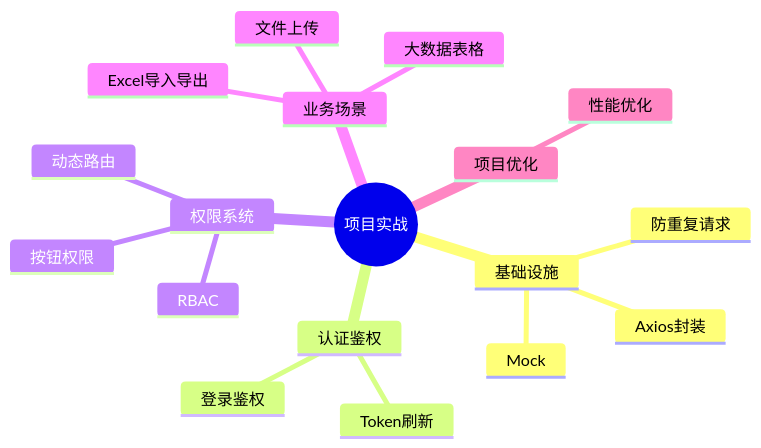
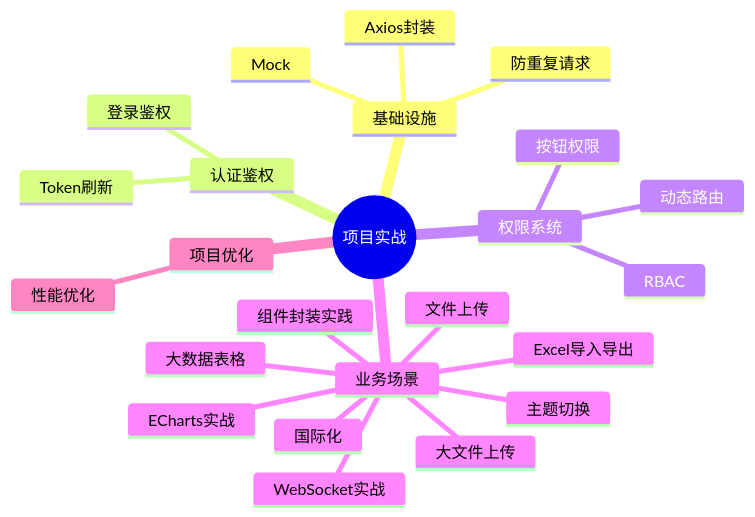
One commit to zjh42139/interview-notes changed the diagram in docs/项目实战/index.md. Above: the diagram before and after it, drawn with Mermaid. The commit also changed other lines of this file and 81 other files, not shown here.

````diff
--- a/docs/项目实战/index.md
+++ b/docs/项目实战/index.md
@@ -9,21 +9,27 @@
 ```mermaid
 mindmap
   root((项目实战))
     基础设施
       Axios封装
       防重复请求
       Mock
     认证鉴权
       登录鉴权
       Token刷新
     权限系统
       动态路由
       RBAC
       按钮权限
     业务场景
       文件上传
       Excel导入导出
       大数据表格
+      国际化
+      主题切换
+      组件封装实践
+      WebSocket实战
+      ECharts实战
+      大文件上传
     项目优化
       性能优化
 ```
````
